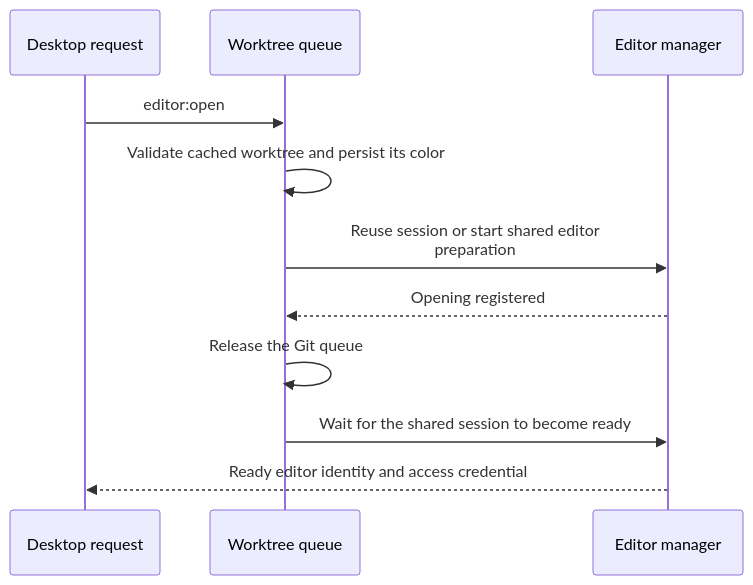
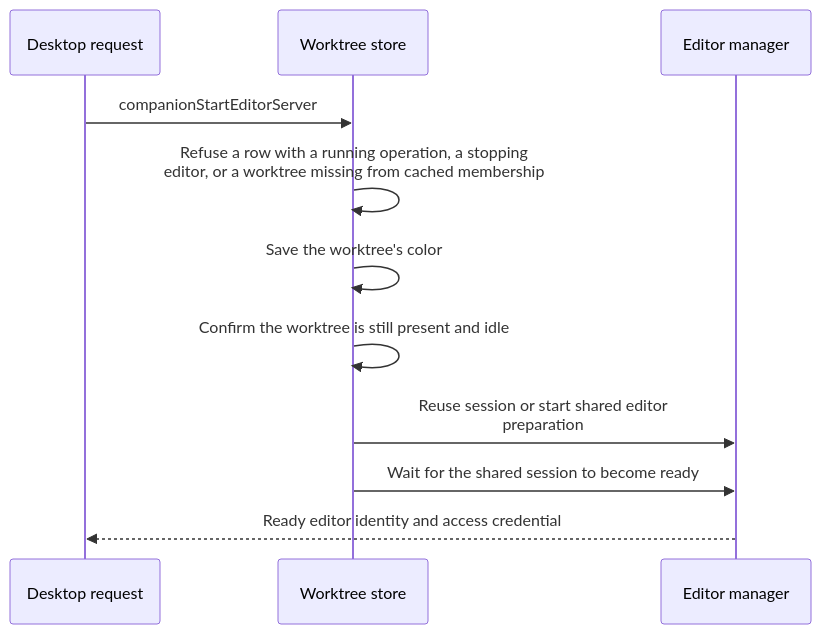
Before and after one commit to takeshibaconsuzuki/ade-overlay: the first of 5 diagrams in workflows/editors.md, drawn with Mermaid. The commit also changed other lines of this file and 70 other files, not shown here.

````diff
--- a/workflows/editors.md
+++ b/workflows/editors.md
@@ -9,13 +9,13 @@
 ```mermaid
 sequenceDiagram
     participant Caller as Desktop request
-    participant Store as Worktree queue
+    participant Store as Worktree store
     participant Editors as Editor manager
-    Caller->>Store: editor:open
-    Store->>Store: Validate cached worktree and persist its color
+    Caller->>Store: companionStartEditorServer
+    Store->>Store: Refuse a row with a running operation, a stopping<br/>editor, or a worktree missing from cached membership
+    Store->>Store: Save the worktree's color
+    Store->>Store: Confirm the worktree is still present and idle
     Store->>Editors: Reuse session or start shared editor<br/>preparation
-    Editors-->>Store: Opening registered
-    Store->>Store: Release the Git queue
     Store->>Editors: Wait for the shared session to become ready
     Editors-->>Caller: Ready editor identity and access credential
 ```
````
